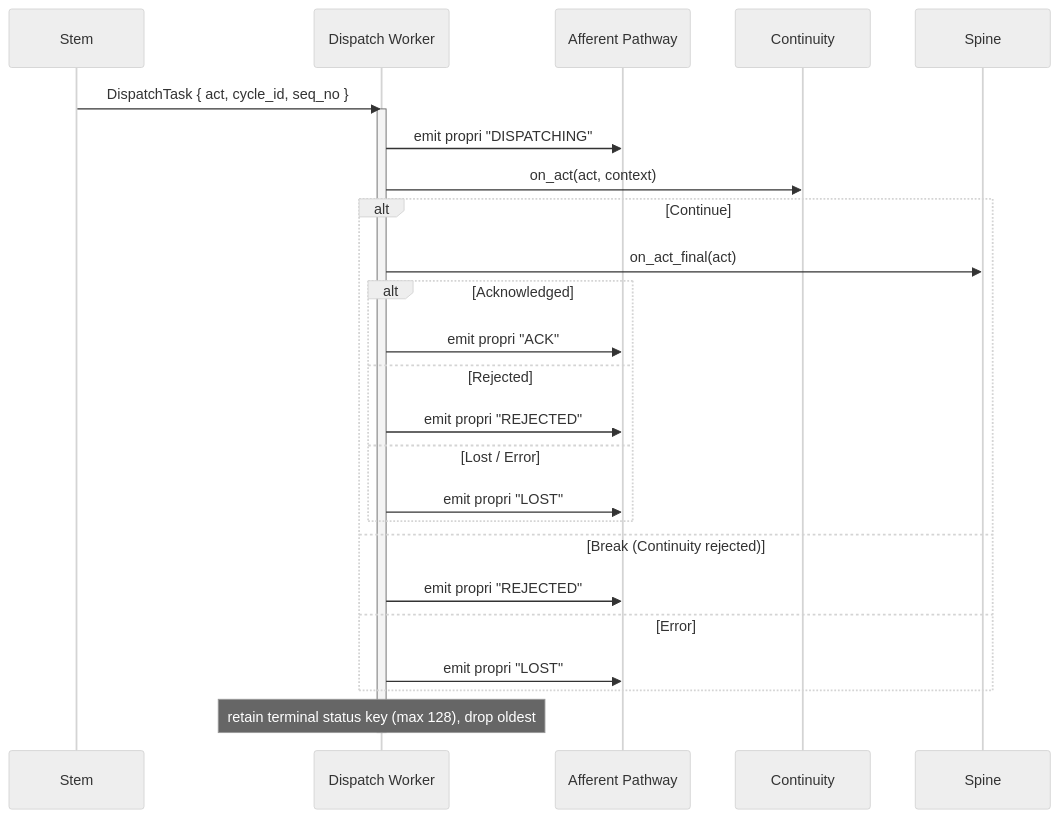
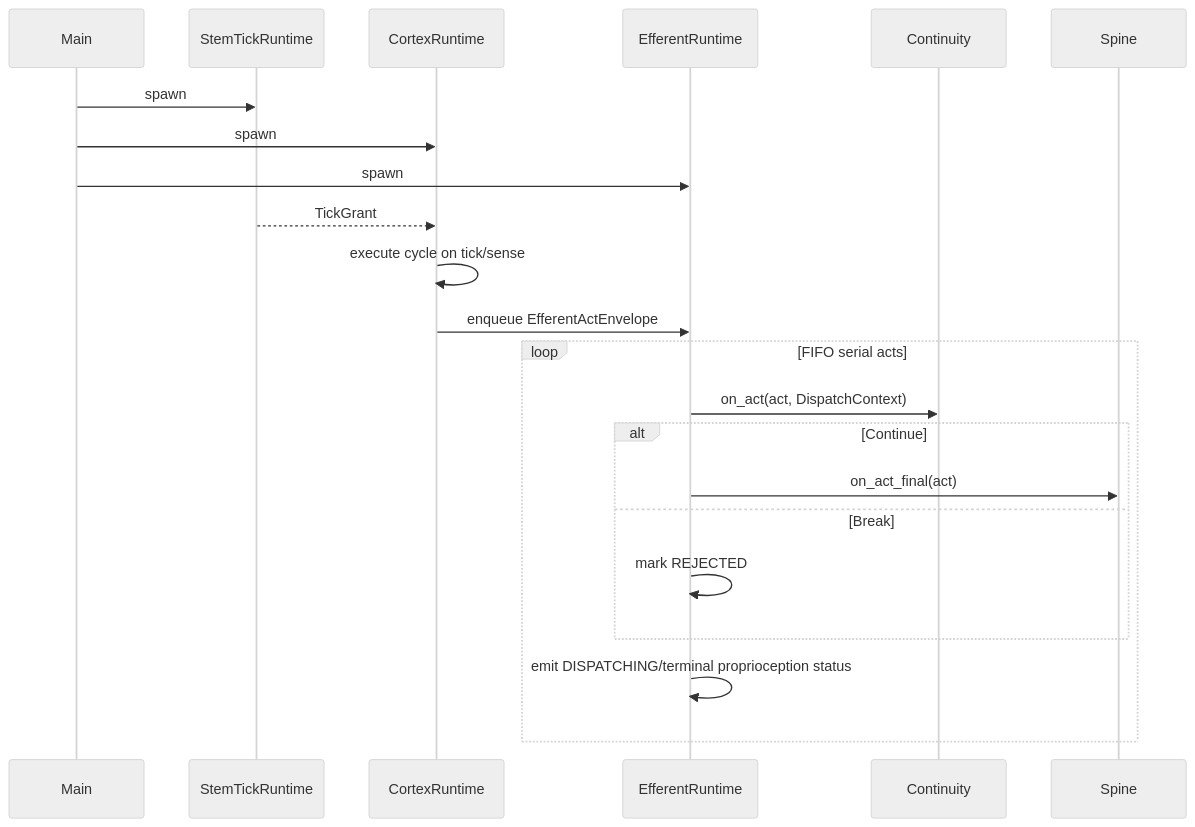
The first of 2 diagrams in docs/modules/stem/TOPOGRAPHY.md (xiaoland/Beluna), drawn with Mermaid (neutral theme) before and after one commit. The commit also changed other lines of this file and 107 other files, not shown here.

Commit message:
ref: stem-cortex dual loop

````diff
--- a/docs/modules/stem/TOPOGRAPHY.md
+++ b/docs/modules/stem/TOPOGRAPHY.md
@@ -160,33 +36,27 @@
 ```mermaid
 sequenceDiagram
-    participant Stem
-    participant DW as Dispatch Worker
-    participant AP as Afferent Pathway
-    participant Continuity
-    participant Spine
+    participant Main
+    participant ST as StemTickRuntime
+    participant CR as CortexRuntime
+    participant EF as EfferentRuntime
+    participant CT as Continuity
+    participant SP as Spine
 
-    Stem->>DW: DispatchTask { act, cycle_id, seq_no }
-    activate DW
+    Main->>ST: spawn
+    Main->>CR: spawn
+    Main->>EF: spawn
 
-    DW->>AP: emit propri "DISPATCHING"
+    ST-->>CR: TickGrant
+    CR->>CR: execute cycle on tick/sense
+    CR->>EF: enqueue EfferentActEnvelope
 
-    DW->>Continuity: on_act(act, context)
-    alt Continue
-        DW->>Spine: on_act_final(act)
-        alt Acknowledged
-            DW->>AP: emit propri "ACK"
-        else Rejected
-            DW->>AP: emit propri "REJECTED"
-        else Lost / Error
-            DW->>AP: emit propri "LOST"
+    loop FIFO serial acts
+        EF->>CT: on_act(act, DispatchContext)
+        alt Continue
+            EF->>SP: on_act_final(act)
+        else Break
+            EF->>EF: mark REJECTED
         end
-    else Break (Continuity rejected)
-        DW->>AP: emit propri "REJECTED"
-    else Error
-        DW->>AP: emit propri "LOST"
+        EF->>EF: emit DISPATCHING/terminal proprioception status
     end
-
-    Note over DW: retain terminal status key (max 128), drop oldest
-
-    deactivate DW
 ```
````
